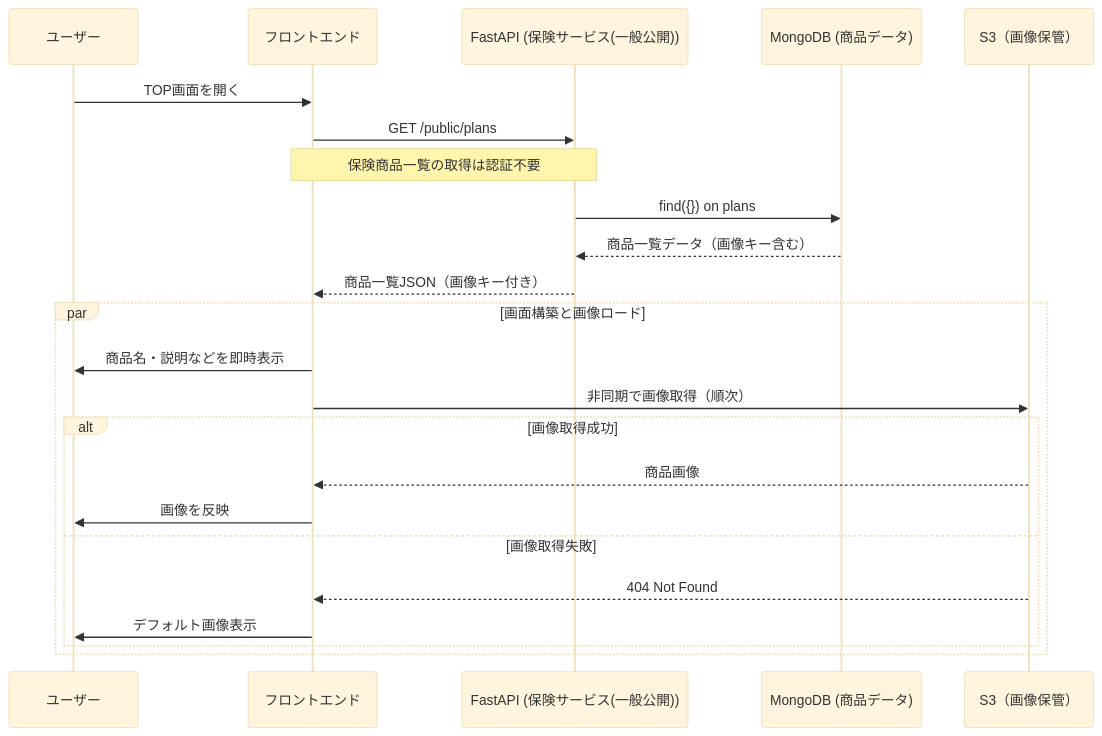
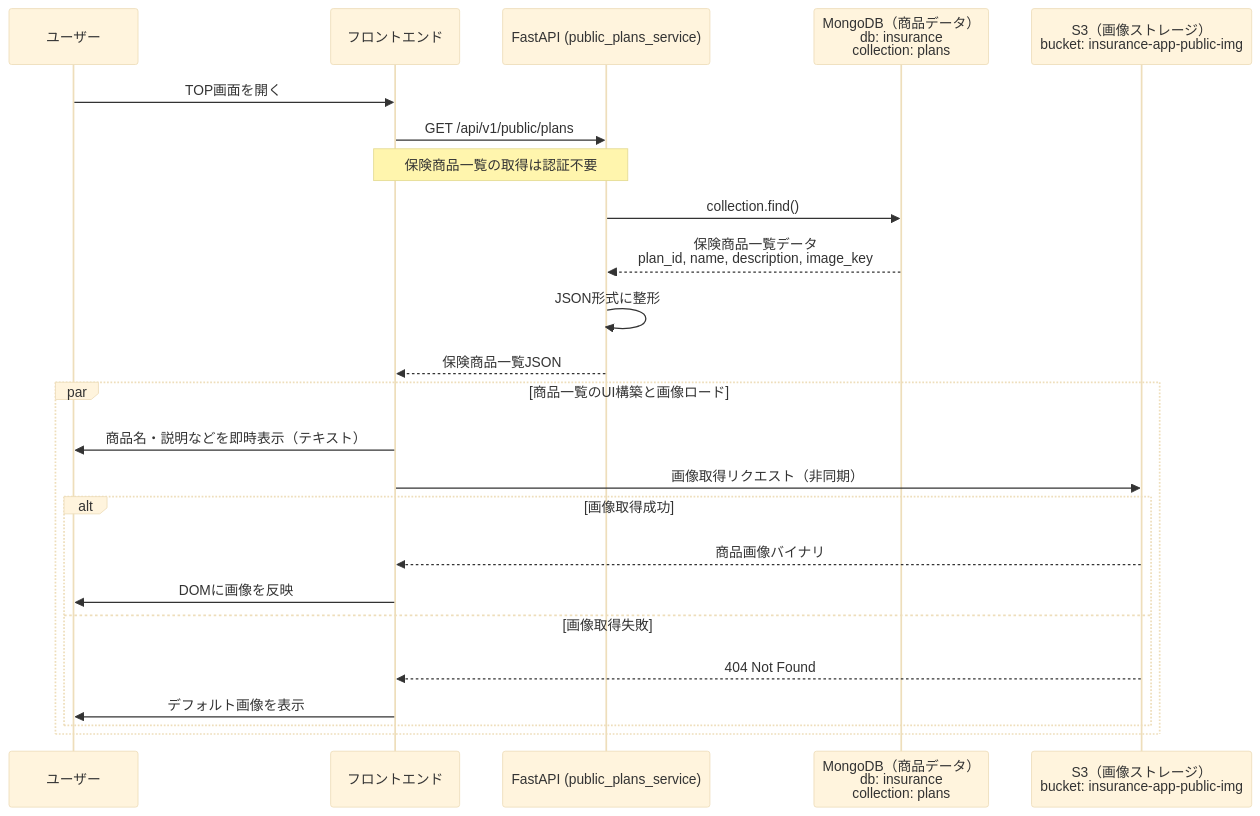
One commit to Yumapon/microservice_app changed the fourth of 10 diagrams in sequence/README.md. Above: the diagram before and after it, drawn with Mermaid (base theme). The commit also changed other lines of this file and 114 other files, not shown here.

````diff
--- a/sequence/README.md
+++ b/sequence/README.md
@@ -250,28 +250,29 @@
 ```mermaid
 sequenceDiagram
     participant User as ユーザー
     participant Frontend as フロントエンド
-    participant API as FastAPI (保険サービス(一般公開))
-    participant DB as MongoDB (商品データ)
-    participant S3 as S3（画像保管）
+    participant API as FastAPI (public_plans_service)
+    participant DB as MongoDB（商品データ）<br>db: insurance<br>collection: plans
+    participant S3 as S3（画像ストレージ）<br>bucket: insurance-app-public-img
 
     User->>Frontend: TOP画面を開く
 
-    Frontend->>API: GET /public/plans
+    Frontend->>API: GET /api/v1/public/plans
     Note over Frontend,API: 保険商品一覧の取得は認証不要
-    API->>DB: find({}) on plans
-    DB-->>API: 商品一覧データ（画像キー含む）
-    API-->>Frontend: 商品一覧JSON（画像キー付き）
+    API->>DB: collection.find()
+    DB-->>API: 保険商品一覧データ<br>plan_id, name, description, image_key
+    API->>API: JSON形式に整形
+    API-->>Frontend: 保険商品一覧JSON
 
-    par 画面構築と画像ロード
-        Frontend->>User: 商品名・説明などを即時表示
-        Frontend->>S3: 非同期で画像取得（順次）
+    par 商品一覧のUI構築と画像ロード
+        Frontend->>User: 商品名・説明などを即時表示（テキスト）
+        Frontend->>S3: 画像取得リクエスト（非同期）
         alt 画像取得成功
-            S3-->>Frontend: 商品画像
-            Frontend->>User: 画像を反映
+            S3-->>Frontend: 商品画像バイナリ
+            Frontend->>User: DOMに画像を反映
         else 画像取得失敗
             S3-->>Frontend: 404 Not Found
-            Frontend->>User: デフォルト画像表示
+            Frontend->>User: デフォルト画像を表示
         end
     end
 ```
````
